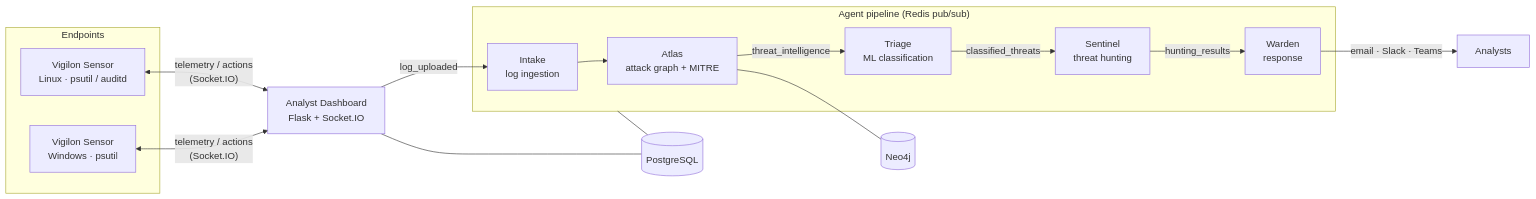
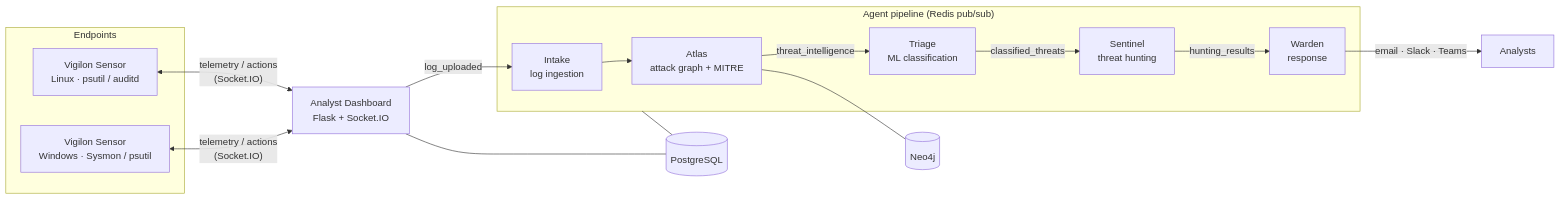
One commit to EduardoNobre-Cyb/vigilon-xdr changed the diagram in README.md. Above: the diagram before and after it, drawn with Mermaid. The commit also changed other lines of this file and 3 other files, not shown here.

Commit message:
Fix EDR installer typos (install.ps1, install.sh); README: document Windows sensor; drop Git LFS attributes

````diff
--- a/README.md
+++ b/README.md
@@ -28,24 +28,24 @@
 ```mermaid
 flowchart LR
     subgraph Endpoints
         L["Vigilon Sensor<br/>Linux · psutil / auditd"]
-        W["Vigilon Sensor<br/>Windows · psutil"]
+        W["Vigilon Sensor<br/>Windows · Sysmon / psutil"]
     end
 
     subgraph Pipeline["Agent pipeline (Redis pub/sub)"]
         I["Intake<br/>log ingestion"] --> A["Atlas<br/>attack graph + MITRE"]
         A -- threat_intelligence --> T["Triage<br/>ML classification"]
         T -- classified_threats --> S["Sentinel<br/>threat hunting"]
         S -- hunting_results --> R["Warden<br/>response"]
     end
 
     D["Analyst Dashboard<br/>Flask + Socket.IO"]
     D -- log_uploaded --> I
     L <-- "telemetry / actions<br/>(Socket.IO)" --> D
     W <-- "telemetry / actions<br/>(Socket.IO)" --> D
     R -- "email · Slack · Teams" --> N["Analysts"]
 
     A --- G[("Neo4j")]
     D --- P[("PostgreSQL")]
     Pipeline --- P
 ```
````
